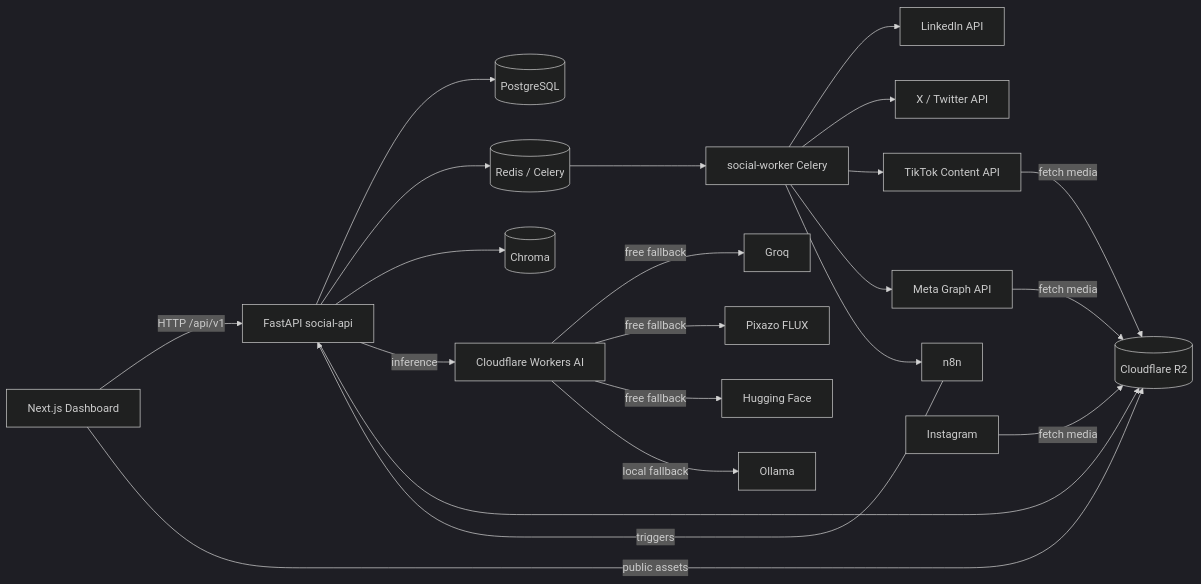
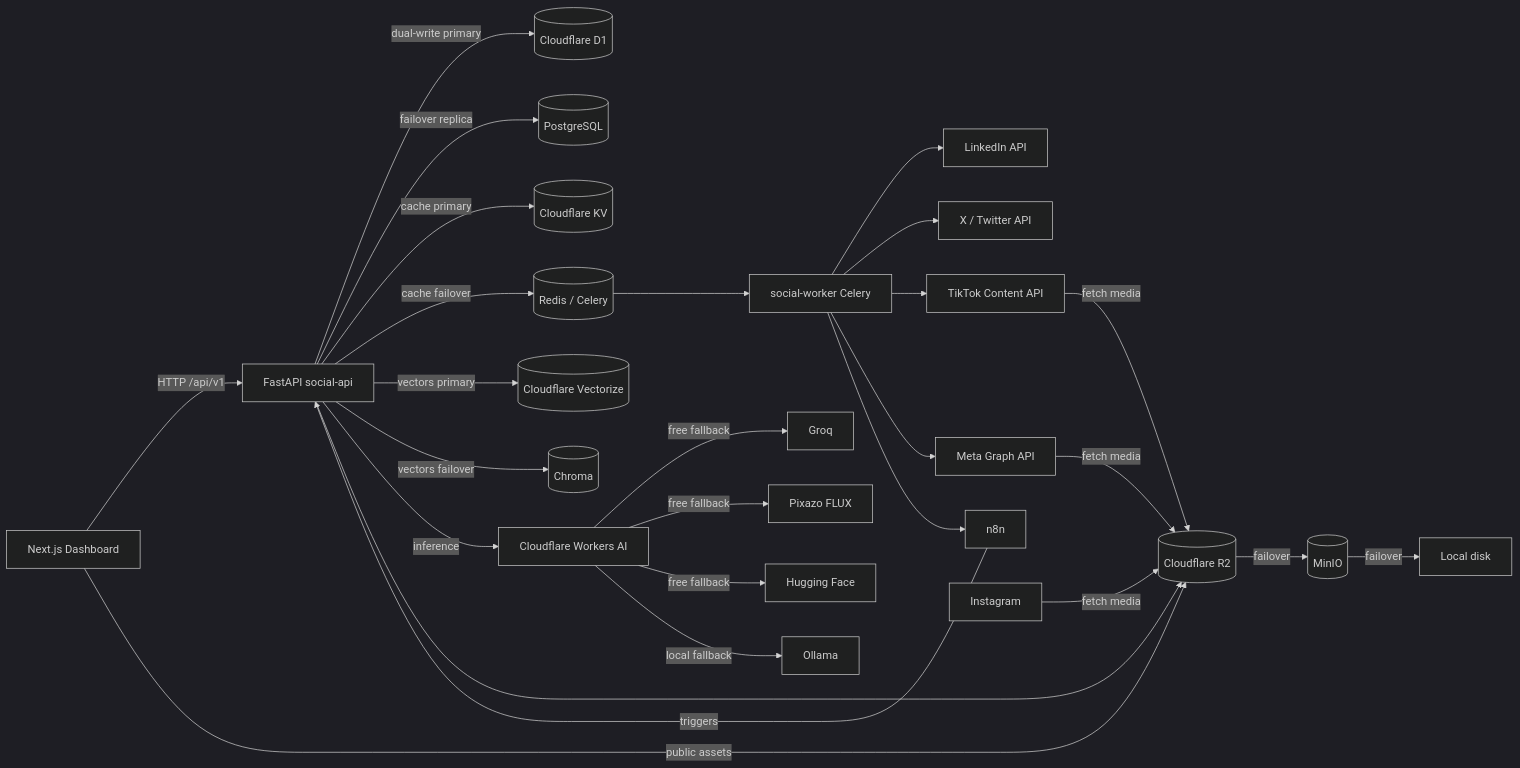
One commit to Themis128/cu130-slim changed the first of 16 diagrams in docs/superpowers/plans/plan-e6a92ed66b9dca4a.md. Above: the diagram before and after it, drawn with Mermaid (dark theme). The commit also changed other lines of this file and 4 other files, not shown here.

First line of the commit message:
docs: update architecture, AGENTS.md, README, and add CF database failover guide

````diff
--- a/docs/superpowers/plans/plan-e6a92ed66b9dca4a.md
+++ b/docs/superpowers/plans/plan-e6a92ed66b9dca4a.md
@@ -165,24 +165,29 @@
 ```mermaid
 flowchart LR
     User[Next.js Dashboard] -->|HTTP /api/v1| FastAPI[FastAPI social-api]
-    FastAPI --> Postgres[(PostgreSQL)]
-    FastAPI --> Redis[(Redis / Celery)]
-    FastAPI --> Chroma[(Chroma)]
+    FastAPI -->|dual-write primary| D1[(Cloudflare D1)]
+    FastAPI -->|failover replica| Postgres[(PostgreSQL)]
+    FastAPI -->|cache primary| KV[(Cloudflare KV)]
+    FastAPI -->|cache failover| Redis[(Redis / Celery)]
+    FastAPI -->|vectors primary| Vec[(Cloudflare Vectorize)]
+    FastAPI -->|vectors failover| Chroma[(Chroma)]
     FastAPI -->|inference| WorkersAI[Cloudflare Workers AI]
     WorkersAI -->|free fallback| Groq[Groq]
     WorkersAI -->|free fallback| Pixazo[Pixazo FLUX]
     WorkersAI -->|free fallback| HF[Hugging Face]
     WorkersAI -->|local fallback| Ollama[Ollama]
     FastAPI --> R2[(Cloudflare R2)]
+    R2 -->|failover| MinIO[(MinIO)]
+    MinIO -->|failover| Disk[Local disk]
     Redis --> Worker[social-worker Celery]
     Worker --> LinkedIn[LinkedIn API]
     Worker --> Twitter[X / Twitter API]
     Worker --> TikTok[TikTok Content API]
     Worker --> Meta[Meta Graph API]
     n8n -->|triggers| FastAPI
     Worker --> n8n
     User -->|public assets| R2
     Meta -->|fetch media| R2
     TikTok -->|fetch media| R2
     Instagram -->|fetch media| R2
 ```
````
